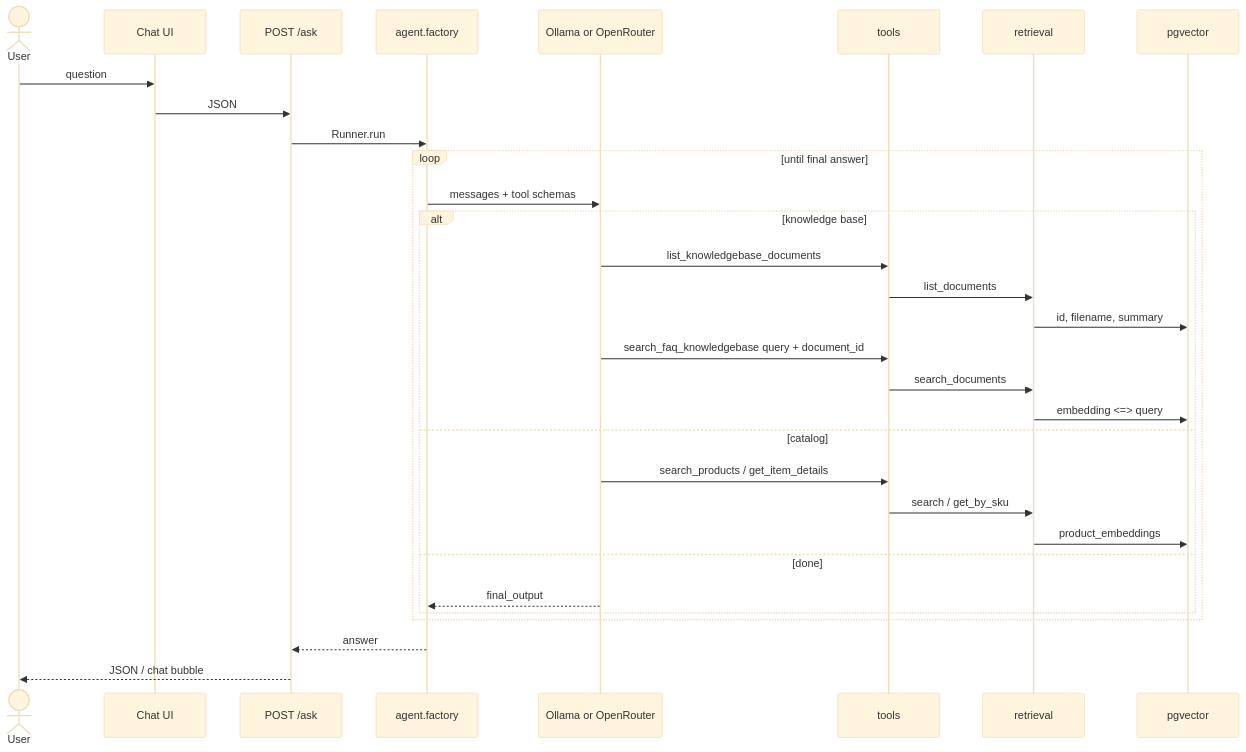
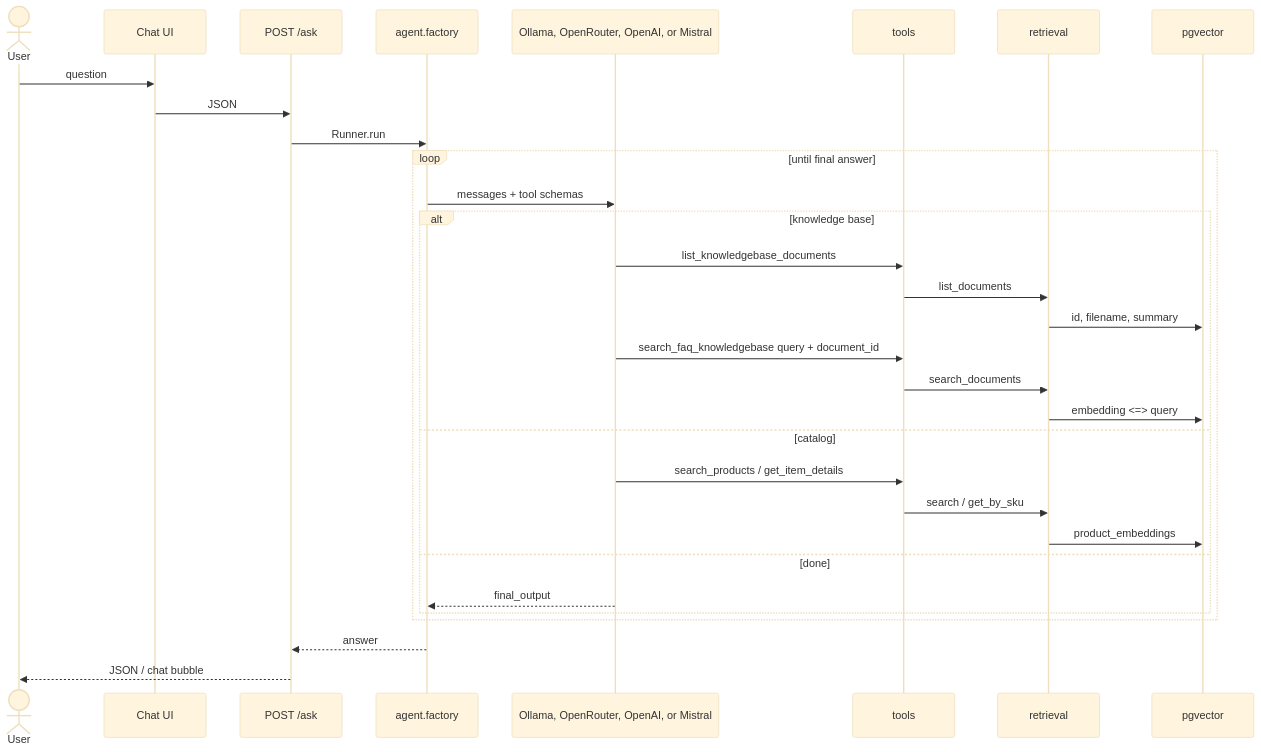
The second of 4 diagrams in architecture.md (JJTorresDS/ecommerce-agent), drawn with Mermaid (base theme) before and after one commit. The commit also changed other lines of this file and 20 other files, not shown here.

````diff
--- a/architecture.md
+++ b/architecture.md
@@ -135,36 +136,36 @@
 ```mermaid
 sequenceDiagram
     actor User
     participant UI as Chat UI
     participant Ask as POST /ask
     participant Agent as agent.factory
-    participant LLM as Ollama or OpenRouter
+    participant LLM as Ollama, OpenRouter, OpenAI, or Mistral
     participant Tools as tools
     participant Retrieval as retrieval
     participant DB as pgvector
 
     User->>UI: question
     UI->>Ask: JSON
     Ask->>Agent: Runner.run
 
     loop until final answer
         Agent->>LLM: messages + tool schemas
         alt knowledge base
             LLM->>Tools: list_knowledgebase_documents
             Tools->>Retrieval: list_documents
             Retrieval->>DB: id, filename, summary
             LLM->>Tools: search_faq_knowledgebase query + document_id
             Tools->>Retrieval: search_documents
             Retrieval->>DB: embedding <=> query
         else catalog
             LLM->>Tools: search_products / get_item_details
             Tools->>Retrieval: search / get_by_sku
             Retrieval->>DB: product_embeddings
         else done
             LLM-->>Agent: final_output
         end
     end
 
     Agent-->>Ask: answer
     Ask-->>User: JSON / chat bubble
 ```
````
